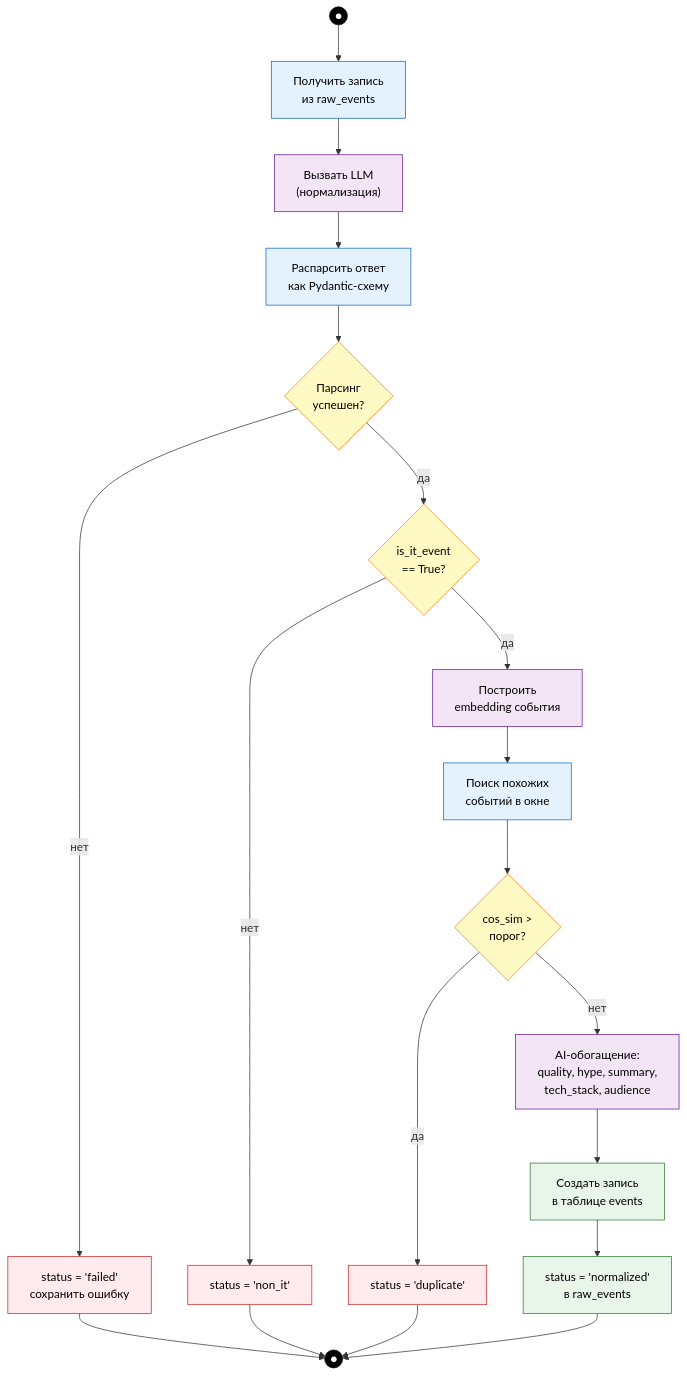
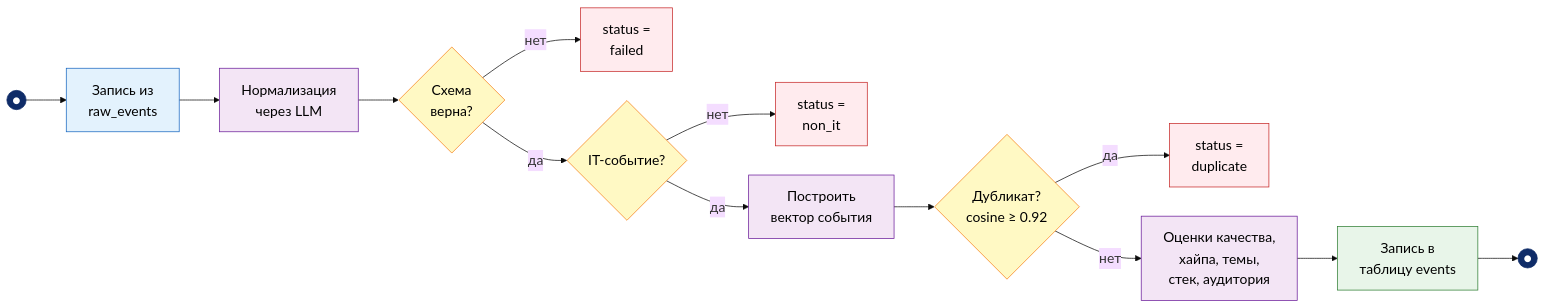
One commit to EgorBelov/event_mind changed the diagram in docs/diagrams/06_activity_normalization.mmd. Above: the diagram before and after it, drawn with Mermaid. The commit also changed 22 other files, not shown here.

```diff
--- a/docs/diagrams/06_activity_normalization.mmd
+++ b/docs/diagrams/06_activity_normalization.mmd
@@ -1,42 +1,30 @@
-%%{init: {'theme':'default'}}%%
-flowchart TD
-    classDef start fill:#000,stroke:#000,color:#fff
+%%{init: {'theme':'base','themeVariables':{'fontSize':'19px','fontFamily':'Arial'},'flowchart':{'htmlLabels':true,'nodeSpacing':40,'rankSpacing':55}}}%%
+flowchart LR
+    classDef start fill:#0F2C68,stroke:#0F2C68,color:#fff
     classDef proc fill:#e3f2fd,stroke:#1565c0,color:#000
     classDef ai fill:#f3e5f5,stroke:#6a1b9a,color:#000
     classDef dec fill:#fff9c4,stroke:#f57f17,color:#000
     classDef db fill:#e8f5e9,stroke:#2e7d32,color:#000
     classDef err fill:#ffebee,stroke:#c62828,color:#000
-    classDef endn fill:#000,stroke:#000,color:#fff
 
     START(("●")):::start
-    GET["Получить запись<br/>из raw_events"]:::proc
-    LLM["Вызвать LLM<br/>(нормализация)"]:::ai
-    PARSE["Распарсить ответ<br/>как Pydantic-схему"]:::proc
-    VALID{"Парсинг<br/>успешен?"}:::dec
-    FAIL["status = 'failed'<br/>сохранить ошибку"]:::err
-    ISIT{"is_it_event<br/>== True?"}:::dec
-    NONIT["status = 'non_it'"]:::err
-    EMBED["Построить<br/>embedding события"]:::ai
-    SIMSEARCH["Поиск похожих<br/>событий в окне"]:::proc
-    DUP{"cos_sim ><br/>порог?"}:::dec
-    SKIP["status = 'duplicate'"]:::err
-    ENRICH["AI-обогащение:<br/>quality, hype, summary,<br/>tech_stack, audience"]:::ai
-    SAVE["Создать запись<br/>в таблице events"]:::db
-    MARK["status = 'normalized'<br/>в raw_events"]:::db
-    END_N(("●")):::endn
+    GET["Запись из<br/>raw_events"]:::proc
+    LLM["Нормализация<br/>через LLM"]:::ai
+    VALID{"Схема<br/>верна?"}:::dec
+    FAIL["status =<br/>failed"]:::err
+    ISIT{"IT-событие?"}:::dec
+    NONIT["status =<br/>non_it"]:::err
+    EMBED["Построить<br/>вектор события"]:::ai
+    DUP{"Дубликат?<br/>cosine ≥ 0.92"}:::dec
+    SKIP["status =<br/>duplicate"]:::err
+    ENRICH["Оценки качества,<br/>хайпа, темы,<br/>стек, аудитория"]:::ai
+    SAVE["Запись в<br/>таблицу events"]:::db
+    END_N(("●")):::start
 
-    START --> GET
-    GET --> LLM
-    LLM --> PARSE
-    PARSE --> VALID
-    VALID -->|"нет"| FAIL --> END_N
+    START --> GET --> LLM --> VALID
+    VALID -->|"нет"| FAIL
     VALID -->|"да"| ISIT
-    ISIT -->|"нет"| NONIT --> END_N
-    ISIT -->|"да"| EMBED
-    EMBED --> SIMSEARCH
-    SIMSEARCH --> DUP
-    DUP -->|"да"| SKIP --> END_N
-    DUP -->|"нет"| ENRICH
-    ENRICH --> SAVE
-    SAVE --> MARK
-    MARK --> END_N
+    ISIT -->|"нет"| NONIT
+    ISIT -->|"да"| EMBED --> DUP
+    DUP -->|"да"| SKIP
+    DUP -->|"нет"| ENRICH --> SAVE --> END_N
```
